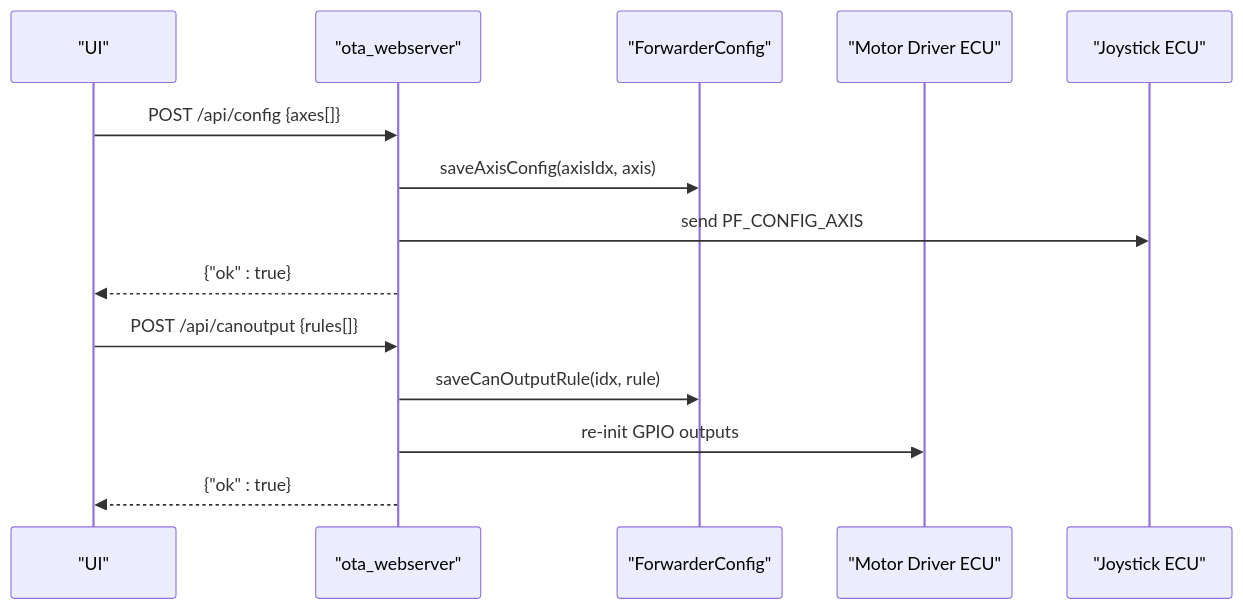
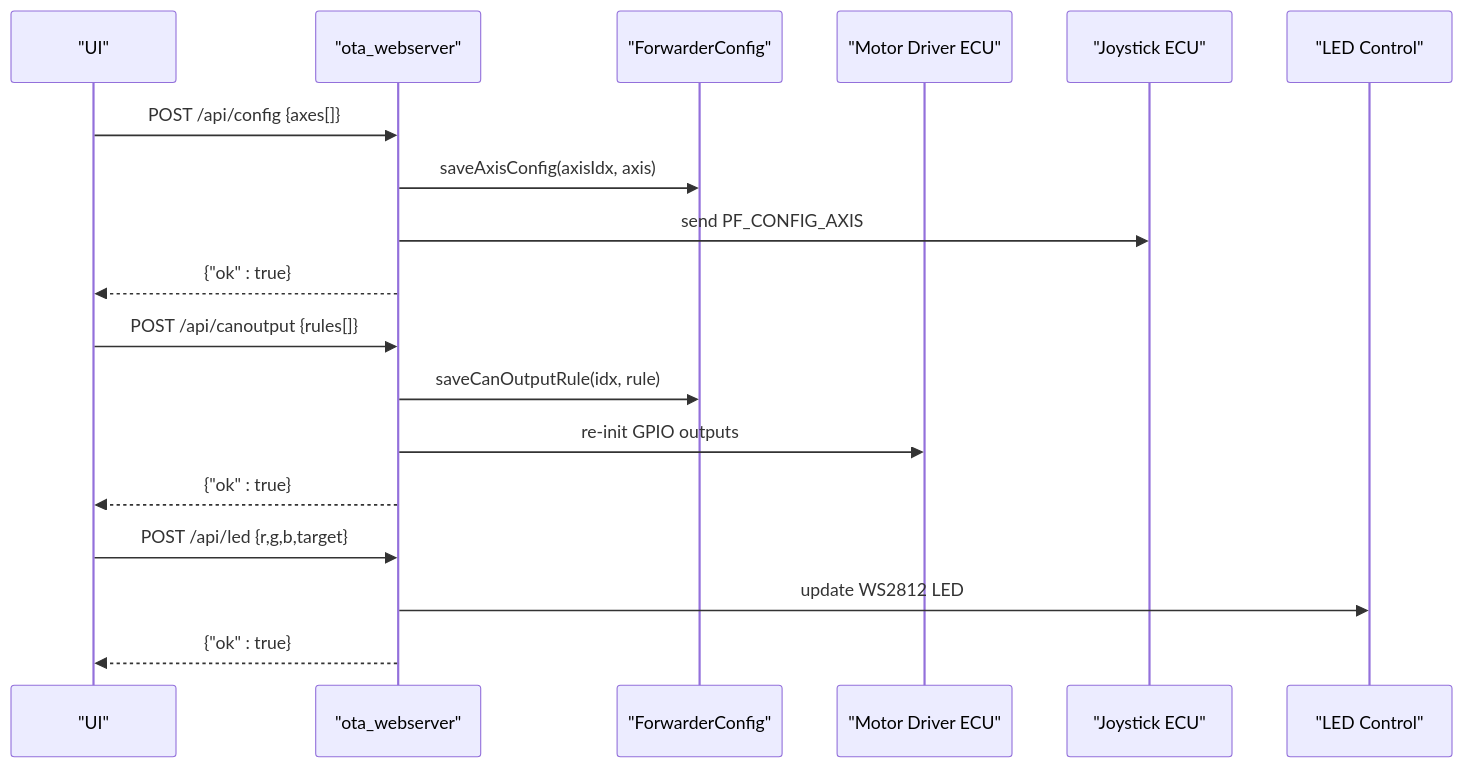
One commit to gunicsba/ESP_CAN_ECU_joystick_collection changed the fifth of 7 diagrams in .qoder/repowiki/en/content/Configuration Management/Web Interface Integration.md. Above: the diagram before and after it, drawn with Mermaid. The commit also changed other lines of this file and 15 other files, not shown here.

````diff
--- a/.qoder/repowiki/en/content/Configuration Management/Web Interface Integration.md
+++ b/.qoder/repowiki/en/content/Configuration Management/Web Interface Integration.md
@@ -248,16 +296,20 @@
 ```mermaid
 sequenceDiagram
 participant UI as "UI"
 participant WS as "ota_webserver"
 participant NVS as "ForwarderConfig"
 participant MD as "Motor Driver ECU"
 participant JS as "Joystick ECU"
+participant LED as "LED Control"
 UI->>WS : POST /api/config {axes[]}
 WS->>NVS : saveAxisConfig(axisIdx, axis)
 WS->>JS : send PF_CONFIG_AXIS
 WS-->>UI : {"ok" : true}
 UI->>WS : POST /api/canoutput {rules[]}
 WS->>NVS : saveCanOutputRule(idx, rule)
 WS->>MD : re-init GPIO outputs
 WS-->>UI : {"ok" : true}
+UI->>WS : POST /api/led {r,g,b,target}
+WS->>LED : update WS2812 LED
+WS-->>UI : {"ok" : true}
 ```
````
